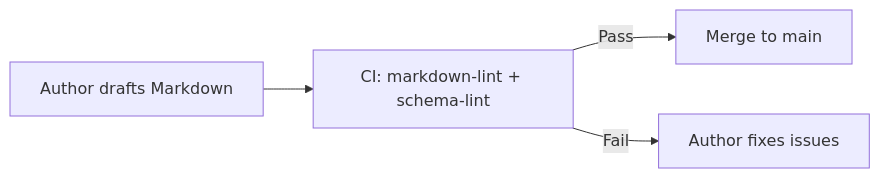
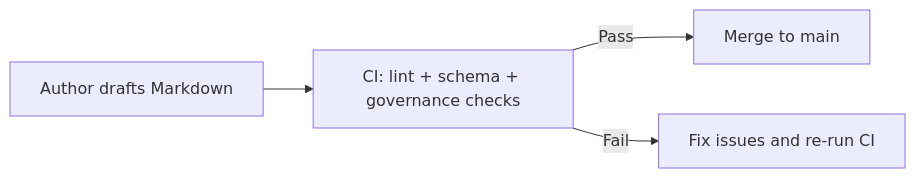
Before and after one commit to bartytime4life/Kansas-Frontier-Matrix: the first of 2 diagrams in ARCHITECTURE.md, drawn with Mermaid. The commit also changed other lines of this file, not shown here.

````diff
--- a/ARCHITECTURE.md
+++ b/ARCHITECTURE.md
@@ -381,6 +449,6 @@
-```mermaid
+~~~mermaid
 flowchart LR
-    A[Author drafts Markdown] --> B[CI: markdown-lint + schema-lint]
-    B -->|Pass| C[Merge to main]
-    B -->|Fail| D[Author fixes issues]
-```
+  A[Author drafts Markdown] --> B[CI: lint + schema + governance checks]
+  B -->|Pass| C[Merge to main]
+  B -->|Fail| D[Fix issues and re-run CI]
+~~~
````
